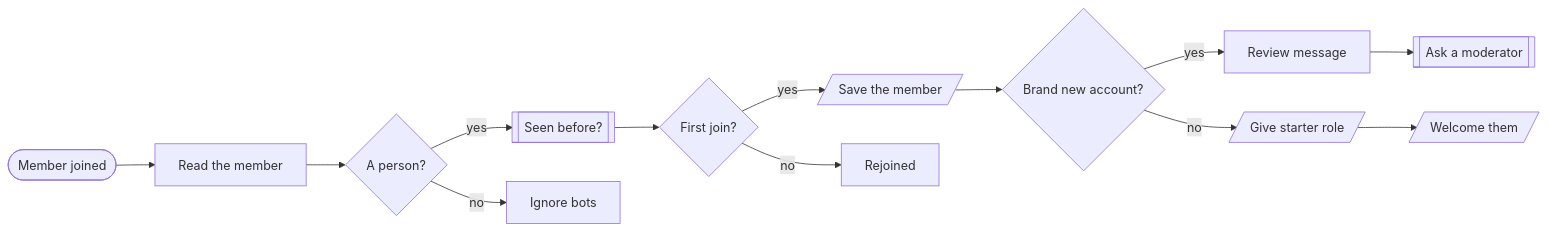
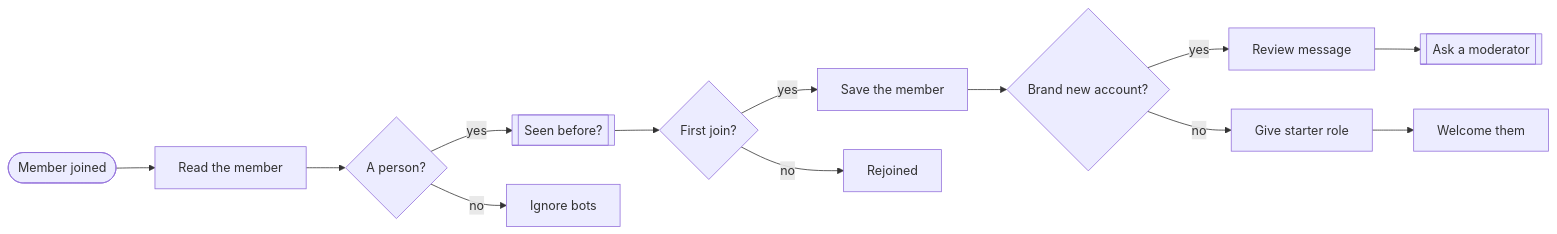
One commit to kimjoshuadr/n8n-workflows changed the first of 3 diagrams in systems/community-ops/README.md. Above: the diagram before and after it, drawn with Mermaid. The commit also changed other lines of this file and 184 other files, not shown here.

Commit message:
Finish the move to named platforms: blocks, BambooHR, generated README, schema and platform marks

````diff
--- a/systems/community-ops/README.md
+++ b/systems/community-ops/README.md
@@ -23,28 +21,28 @@
 ```mermaid
 flowchart LR
   n1wc3he0(["Member joined"])
   nmzmep8["Read the member"]
   nauhg90{"A person?"}
   n1ja4syq[["Seen before?"]]
   n151u8u{"First join?"}
-  n1gmr6p1[/"Save the member"/]
+  n1gmr6p1["Save the member"]
   n1y0mjyq{"Brand new account?"}
   n20moti["Review message"]
   n15is060[["Ask a moderator"]]
-  n1mu36bz[/"Give starter role"/]
-  n112nutd[/"Welcome them"/]
+  n1mu36bz["Give starter role"]
+  n112nutd["Welcome them"]
   n1v01rpv["Ignore bots"]
   n1u1h2lf["Rejoined"]
   n1wc3he0 --> nmzmep8
   nmzmep8 --> nauhg90
   nauhg90 -->|yes| n1ja4syq
   n1ja4syq --> n151u8u
   n151u8u -->|yes| n1gmr6p1
   n1gmr6p1 --> n1y0mjyq
   n1y0mjyq -->|yes| n20moti
   n20moti --> n15is060
   nauhg90 -->|no| n1v01rpv
   n151u8u -->|no| n1u1h2lf
   n1y0mjyq -->|no| n1mu36bz
   n1mu36bz --> n112nutd
 ```
````
